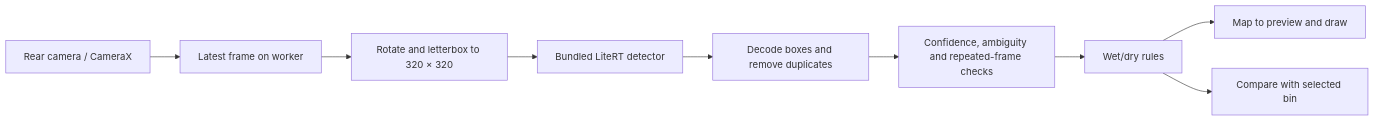
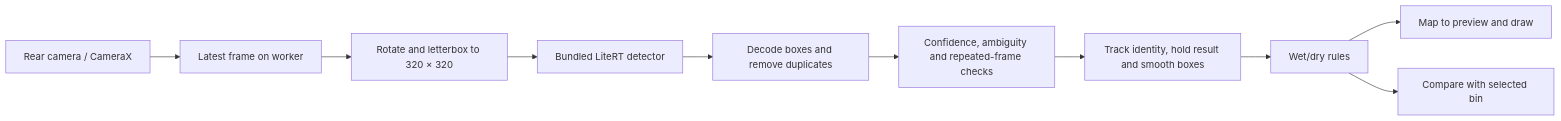
The diagram in docs/ARCHITECTURE.md (antiscripted/GarbageClassifier), drawn with Mermaid before and after one commit. The commit also changed other lines of this file and 21 other files, not shown here.

````diff
--- a/docs/ARCHITECTURE.md
+++ b/docs/ARCHITECTURE.md
@@ -5,11 +5,12 @@
 ```mermaid
 flowchart LR
     A[Rear camera / CameraX] --> B[Latest frame on worker]
     B --> C[Rotate and letterbox to 320 × 320]
     C --> D[Bundled LiteRT detector]
     D --> E[Decode boxes and remove duplicates]
     E --> F[Confidence, ambiguity and repeated-frame checks]
-    F --> G[Wet/dry rules]
+    F --> T[Track identity, hold result and smooth boxes]
+    T --> G[Wet/dry rules]
     G --> H[Map to preview and draw]
     G --> I[Compare with selected bin]
 ```
````
